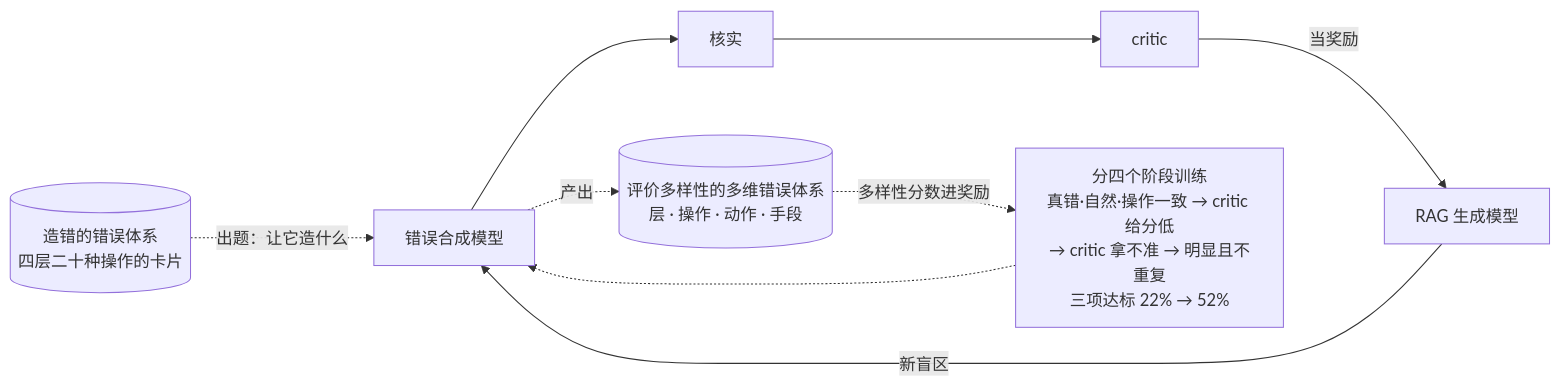
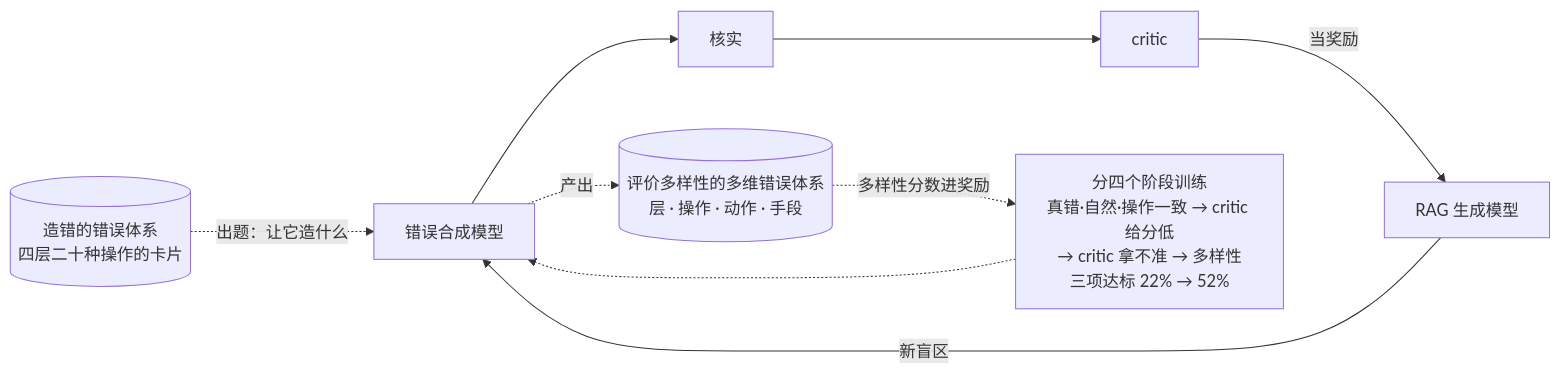
The diagram in docs/tech_share.md (liaomingyue/claim-critic), drawn with Mermaid before and after one commit. The commit also changed other lines of this file and 1 other file, not shown here.

````diff
--- a/docs/tech_share.md
+++ b/docs/tech_share.md
@@ -22,9 +22,9 @@
 ```mermaid
 flowchart LR
     G["错误合成模型"] --> V["核实"] --> C["critic"] -->|当奖励| P["RAG 生成模型"]
     P -->|新盲区| G
-    S["分四个阶段训练<br/>真错·自然·操作一致 → critic 给分低<br/>→ critic 拿不准 → 明显且不重复<br/>三项达标 22% → 52%"] -.-> G
+    S["分四个阶段训练<br/>真错·自然·操作一致 → critic 给分低<br/>→ critic 拿不准 → 多样性<br/>三项达标 22% → 52%"] -.-> G
     T1[("造错的错误体系<br/>四层二十种操作的卡片")] -.->|出题：让它造什么| G
     G -.->|产出| T2[("评价多样性的多维错误体系<br/>层 · 操作 · 动作 · 手段")]
     T2 -.->|多样性分数进奖励| S
 ```
````
